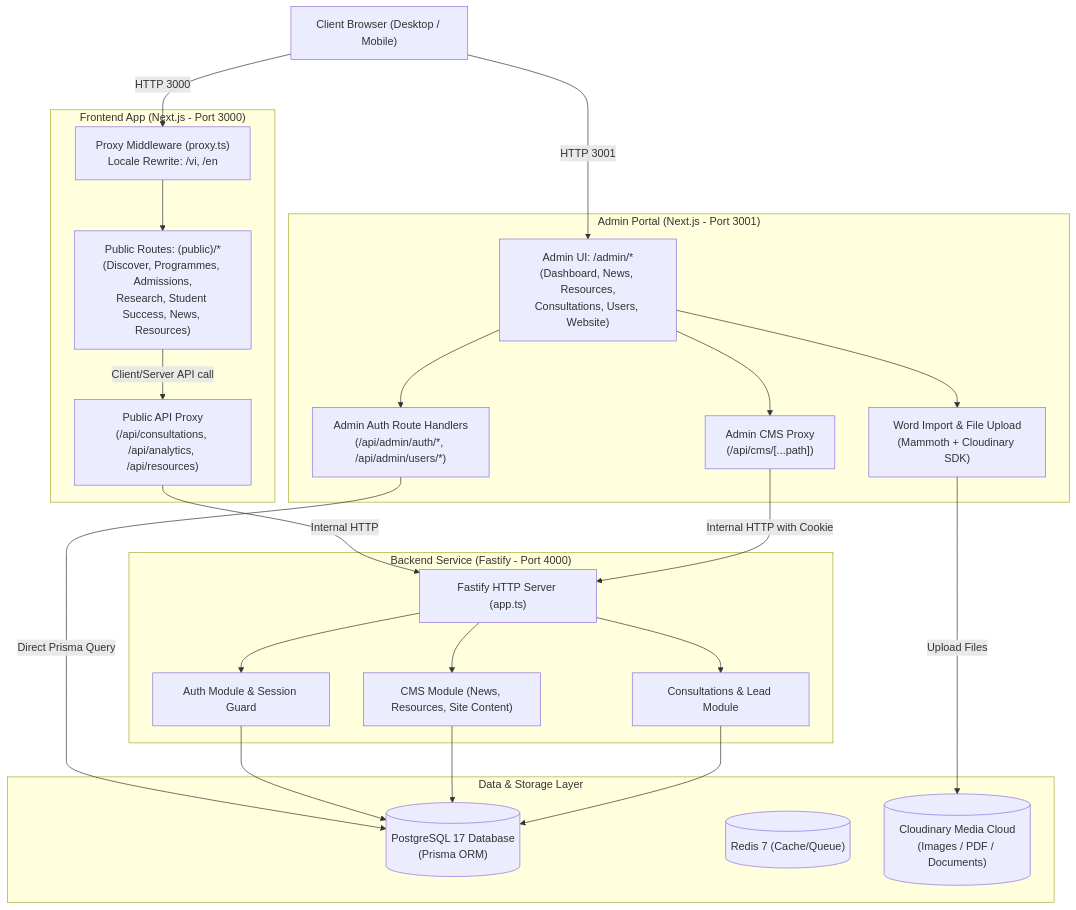
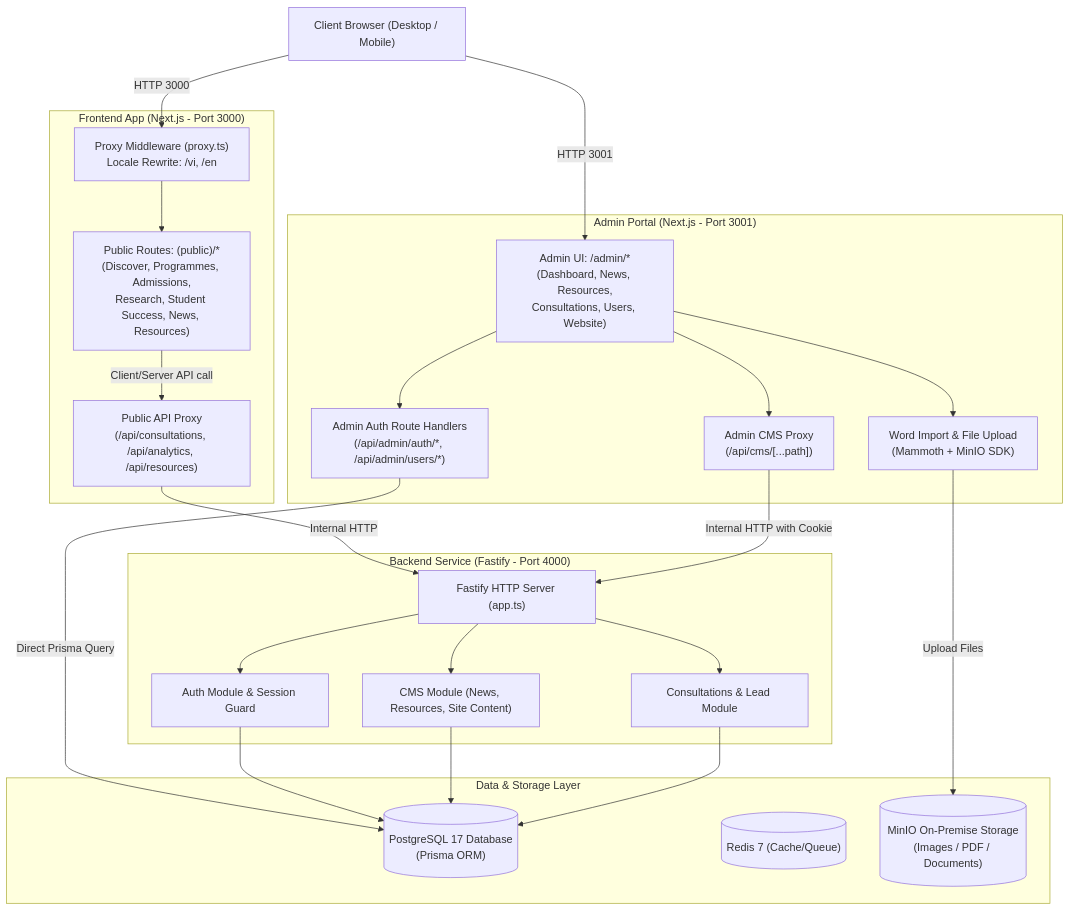
One commit to lehai04/VGG changed the first of 5 diagrams in ARCHITECTURE_MAP.md. Above: the diagram before and after it, drawn with Mermaid. The commit also changed other lines of this file and 97 other files, not shown here.

````diff
--- a/ARCHITECTURE_MAP.md
+++ b/ARCHITECTURE_MAP.md
@@ -9,52 +9,52 @@
 ```mermaid
 flowchart TD
     Client["Client Browser (Desktop / Mobile)"]
 
     subgraph FE ["Frontend App (Next.js - Port 3000)"]
         Proxy["Proxy Middleware (proxy.ts)\nLocale Rewrite: /vi, /en"]
         PublicApp["Public Routes: (public)/*\n(Discover, Programmes, Admissions,\nResearch, Student Success, News, Resources)"]
         FeApi["Public API Proxy\n(/api/consultations, /api/analytics, /api/resources)"]
     end
 
     subgraph AD ["Admin Portal (Next.js - Port 3001)"]
         AdminUI["Admin UI: /admin/*\n(Dashboard, News, Resources,\nConsultations, Users, Website)"]
         AdminAuthApi["Admin Auth Route Handlers\n(/api/admin/auth/*, /api/admin/users/*)"]
         AdminCmsProxy["Admin CMS Proxy\n(/api/cms/[...path])"]
-        WordUpload["Word Import & File Upload\n(Mammoth + Cloudinary SDK)"]
+        WordUpload["Word Import & File Upload\n(Mammoth + MinIO SDK)"]
     end
 
     subgraph BE ["Backend Service (Fastify - Port 4000)"]
         FastifyApp["Fastify HTTP Server (app.ts)"]
         AuthMod["Auth Module & Session Guard"]
         CmsMod["CMS Module (News, Resources, Site Content)"]
         ConsultMod["Consultations & Lead Module"]
     end
 
     subgraph DB ["Data & Storage Layer"]
         PG[("PostgreSQL 17 Database\n(Prisma ORM)")]
         Redis[("Redis 7 (Cache/Queue)")]
-        Cloudinary[("Cloudinary Media Cloud\n(Images / PDF / Documents)")]
+        MinIO[("MinIO On-Premise Storage\n(Images / PDF / Documents)")]
     end
 
     Client -->|HTTP 3000| Proxy
     Proxy --> PublicApp
     PublicApp -->|Client/Server API call| FeApi
     FeApi -->|Internal HTTP| FastifyApp
 
     Client -->|HTTP 3001| AdminUI
     AdminUI --> AdminAuthApi
     AdminUI --> AdminCmsProxy
     AdminUI --> WordUpload
 
     AdminAuthApi -->|Direct Prisma Query| PG
-    WordUpload -->|Upload Files| Cloudinary
+    WordUpload -->|Upload Files| MinIO
     AdminCmsProxy -->|Internal HTTP with Cookie| FastifyApp
 
     FastifyApp --> AuthMod
     FastifyApp --> CmsMod
     FastifyApp --> ConsultMod
 
     AuthMod --> PG
     CmsMod --> PG
     ConsultMod --> PG
 ```
````
